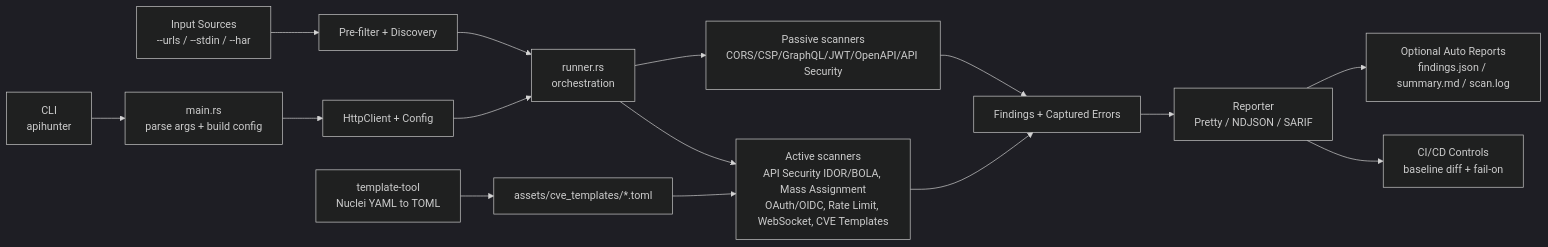
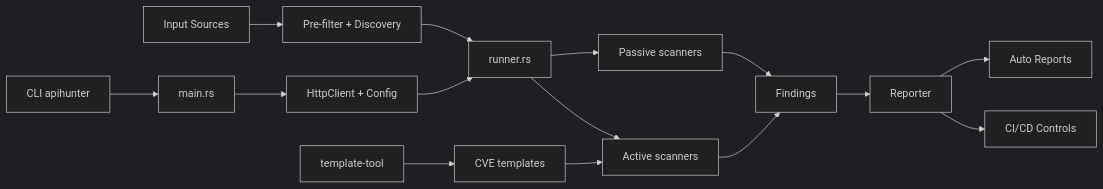
Before and after one commit to Teycir/ApiHunter: the diagram in README.md, drawn with Mermaid (dark theme).

````diff
--- a/README.md
+++ b/README.md
@@ -38,31 +38,20 @@
 ```mermaid
 flowchart LR
-    A["CLI
-apihunter"] --> B["main.rs
-parse args + build config"]
-    D["Input Sources
---urls / --stdin / --har"] --> E["Pre-filter + Discovery"]
-    B --> C["HttpClient + Config"]
-    E --> F["runner.rs
-orchestration"]
+    A[CLI apihunter] --> B[main.rs]
+    D[Input Sources] --> E[Pre-filter + Discovery]
+    B --> C[HttpClient + Config]
+    E --> F[runner.rs]
     C --> F
 
-    F --> G1["Passive scanners
-CORS/CSP/GraphQL/JWT/OpenAPI/API Security"]
-    F --> G2["Active scanners
-API Security IDOR/BOLA, Mass Assignment
-OAuth/OIDC, Rate Limit, WebSocket, CVE Templates"]
+    F --> G1[Passive scanners]
+    F --> G2[Active scanners]
 
-    I["template-tool
-Nuclei YAML to TOML"] --> H["assets/cve_templates/*.toml"]
+    I[template-tool] --> H[CVE templates]
     H --> G2
 
-    G1 --> J["Findings + Captured Errors"]
+    G1 --> J[Findings]
     G2 --> J
-    J --> K["Reporter
-Pretty / NDJSON / SARIF"]
-    K --> L["Optional Auto Reports
-findings.json / summary.md / scan.log"]
-    K --> M["CI/CD Controls
-baseline diff + fail-on"]
+    J --> K[Reporter]
+    K --> L[Auto Reports]
+    K --> M[CI/CD Controls]
 ```
````
